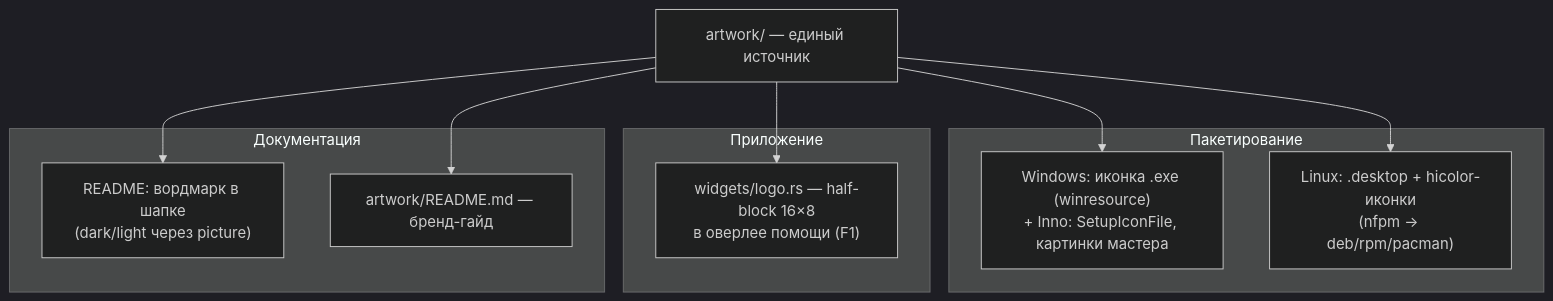
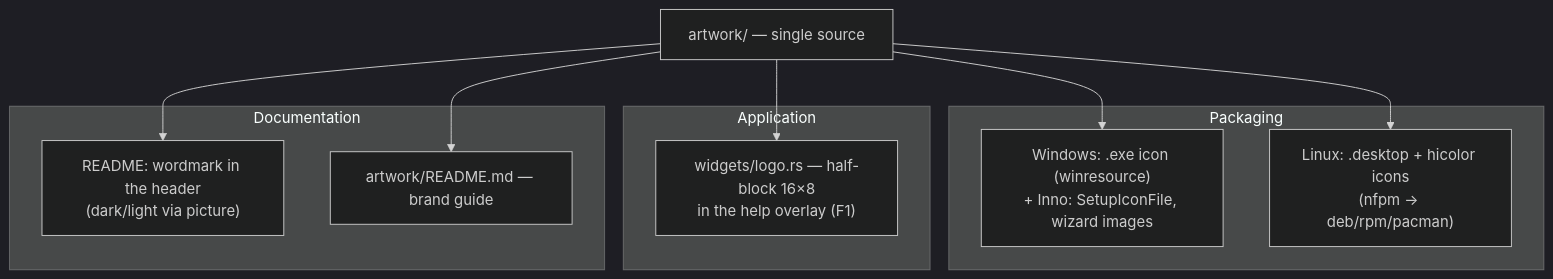
One commit to vshylov/mindfork-rs changed the diagram in docs/branding.md. Above: the diagram before and after it, drawn with Mermaid (dark theme). The commit also changed other lines of this file and 51 other files, not shown here.

````diff
--- a/docs/branding.md
+++ b/docs/branding.md
@@ -84,20 +87,20 @@
 ```mermaid
 flowchart TB
-    ART["artwork/ — единый источник"]
-    subgraph PKG["Пакетирование"]
-        WIN["Windows: иконка .exe (winresource)<br/>+ Inno: SetupIconFile, картинки мастера"]
-        LIN["Linux: .desktop + hicolor-иконки<br/>(nfpm → deb/rpm/pacman)"]
+    ART["artwork/ — single source"]
+    subgraph PKG["Packaging"]
+        WIN["Windows: .exe icon (winresource)<br/>+ Inno: SetupIconFile, wizard images"]
+        LIN["Linux: .desktop + hicolor icons<br/>(nfpm → deb/rpm/pacman)"]
     end
-    subgraph APP["Приложение"]
-        TUI["widgets/logo.rs — half-block 16×8<br/>в оверлее помощи (F1)"]
+    subgraph APP["Application"]
+        TUI["widgets/logo.rs — half-block 16×8<br/>in the help overlay (F1)"]
     end
-    subgraph DOC["Документация"]
-        RM["README: вордмарк в шапке<br/>(dark/light через picture)"]
-        BG["artwork/README.md — бренд-гайд"]
+    subgraph DOC["Documentation"]
+        RM["README: wordmark in the header<br/>(dark/light via picture)"]
+        BG["artwork/README.md — brand guide"]
     end
     ART --> WIN
     ART --> LIN
     ART --> TUI
     ART --> RM
     ART --> BG
 ```
````
